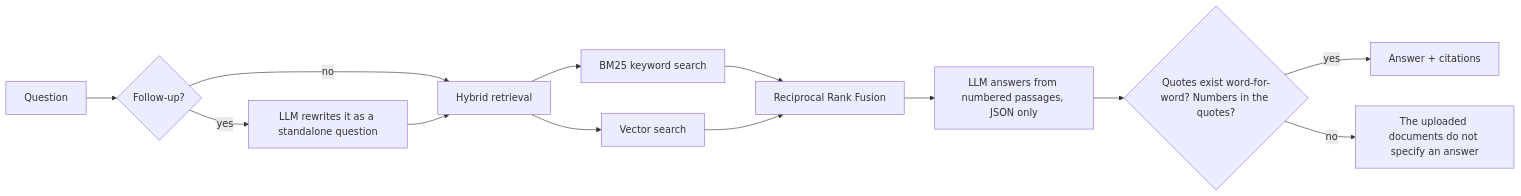
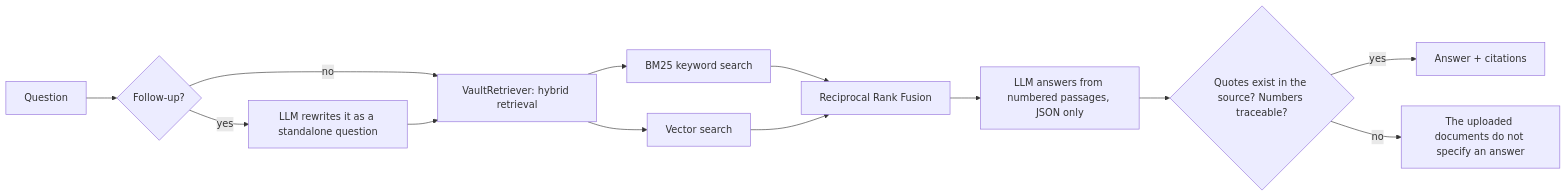
The second of 2 diagrams in README.md (rajvyas72002/vault-document-system), drawn with Mermaid before and after one commit. The commit also changed other lines of this file and 7 other files, not shown here.

First line of the commit message:
Update docs: LangChain, evaluation, feedback, architecture diagram

````diff
--- a/README.md
+++ b/README.md
@@ -60,15 +55,15 @@
 ```mermaid
 flowchart LR
     Q[Question] --> F{Follow-up?}
     F -- yes --> RW[LLM rewrites it as a standalone question]
     F -- no --> R1
-    RW --> R1[Hybrid retrieval]
+    RW --> R1[VaultRetriever: hybrid retrieval]
     R1 --> L[BM25 keyword search]
     R1 --> VS[Vector search]
     L --> RRF[Reciprocal Rank Fusion]
     VS --> RRF
     RRF --> G[LLM answers from numbered passages, JSON only]
-    G --> CHK{Quotes exist word-for-word? Numbers in the quotes?}
+    G --> CHK{Quotes exist in the source? Numbers traceable?}
     CHK -- yes --> A[Answer + citations]
     CHK -- no --> N[The uploaded documents do not specify an answer]
 ```
````
